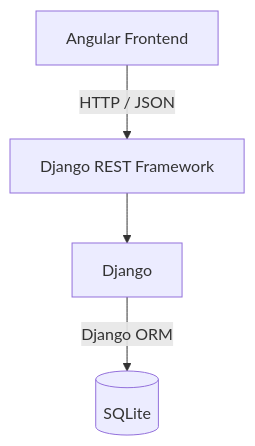
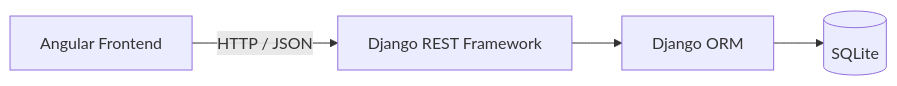
One commit to RomCodeman/Bewerbungsmanager changed the diagram in README.md. Above: the diagram before and after it, drawn with Mermaid. The commit also changed other lines of this file, not shown here.

````diff
--- a/README.md
+++ b/README.md
@@ -60,11 +54,11 @@
 ```mermaid
-flowchart TD
+flowchart LR
     F[Angular Frontend]
     API[Django REST Framework]
-    D[Django]
+    ORM[Django ORM]
     DB[(SQLite)]
 
     F -->|HTTP / JSON| API
-    API --> D
-    D -->|Django ORM| DB
+    API --> ORM
+    ORM --> DB
 ```
````
